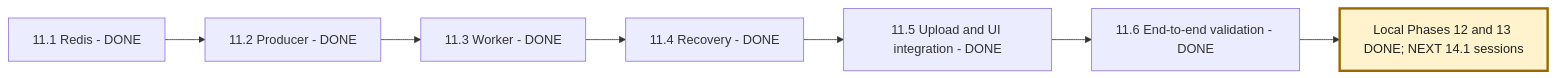
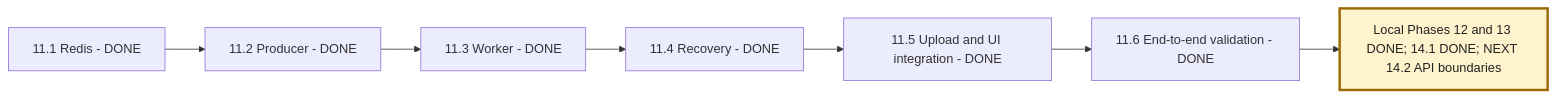
One commit to msdian0007/nexaAi changed the third of 6 diagrams in NEXAAI_ROADMAP.md. Above: the diagram before and after it, drawn with Mermaid. The commit also changed other lines of this file and 26 other files, not shown here.

````diff
--- a/NEXAAI_ROADMAP.md
+++ b/NEXAAI_ROADMAP.md
@@ -258,10 +259,10 @@
 ```mermaid
 flowchart LR
     A[11.1 Redis - DONE] --> B[11.2 Producer - DONE]
     B --> C[11.3 Worker - DONE]
     C --> D[11.4 Recovery - DONE]
     D --> E[11.5 Upload and UI integration - DONE]
     E --> F[11.6 End-to-end validation - DONE]
-    F --> G[Local Phases 12 and 13 DONE; NEXT 14.1 sessions]
+    F --> G[Local Phases 12 and 13 DONE; 14.1 DONE; NEXT 14.2 API boundaries]
     style G fill:#fff3cd,stroke:#9a6700,stroke-width:3px,color:#222
 ```
````
